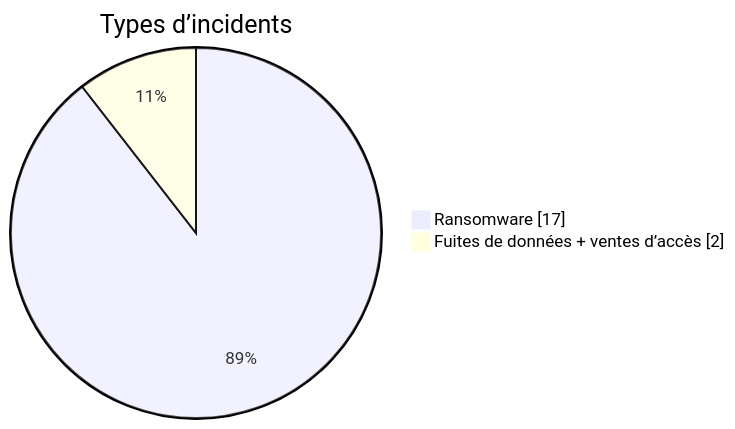
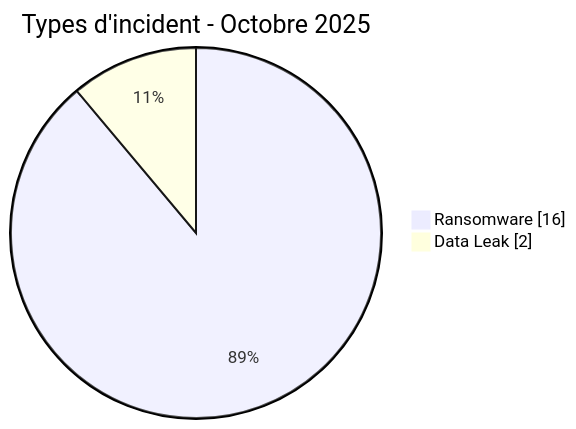
The first of 3 diagrams in CyberAttackAfrica/2025/10-october/README_FR.md (Hatchepsoute/AFRINTEL), drawn with Mermaid before and after one commit. The commit also changed other lines of this file and 35 other files, not shown here.

````diff
--- a/CyberAttackAfrica/2025/10-october/README_FR.md
+++ b/CyberAttackAfrica/2025/10-october/README_FR.md
@@ -153,6 +70,6 @@
 ```mermaid
 pie showData
-    title Types d’incidents
-    "Ransomware" : 17
-    "Fuites de données + ventes d’accès" : 2
+    title Types d'incident - Octobre 2025
+    "Ransomware" : 16
+    "Data Leak" : 2
 ```
````
